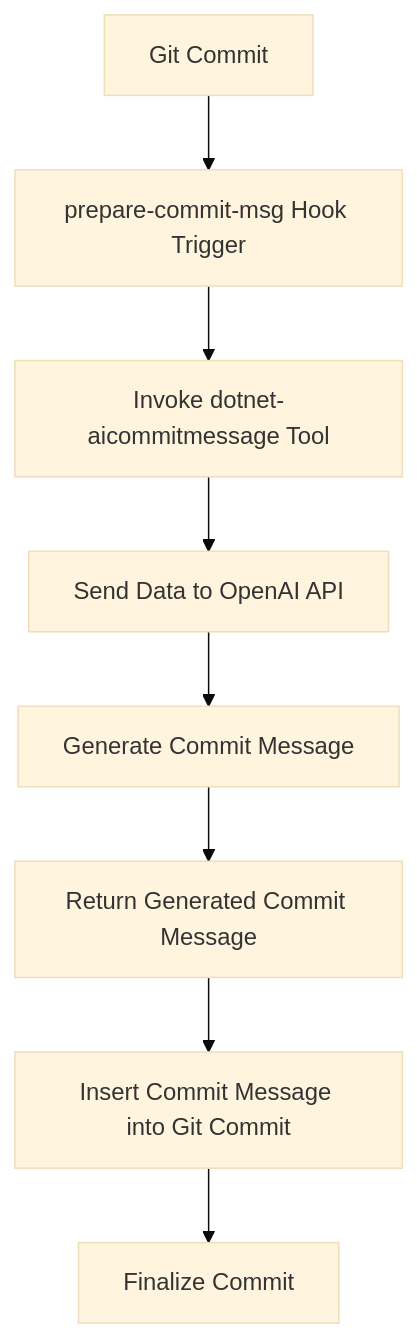
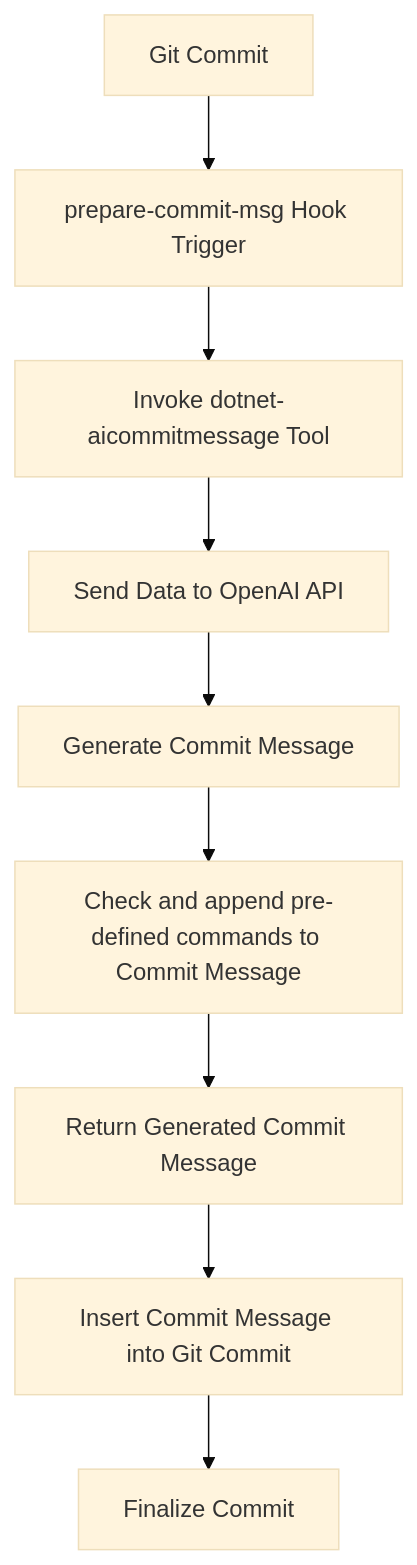
Before and after one commit to guibranco/dotnet-aicommitmessage: the diagram in README.md, drawn with Mermaid (base theme). The commit also changed other lines of this file and 11 other files, not shown here.

Commit message:
Preserver GitVersion commands

````diff
--- a/README.md
+++ b/README.md
@@ -74,10 +74,11 @@
 ```mermaid
 graph TD
     A[Git Commit] --> B[prepare-commit-msg Hook Trigger]
     B --> C[Invoke dotnet-aicommitmessage Tool]
     C --> D[Send Data to OpenAI API]
     D --> E[Generate Commit Message]
-    E --> F[Return Generated Commit Message]
-    F --> G[Insert Commit Message into Git Commit]
-    G --> H[Finalize Commit]
+    E --> F[Check and append pre-defined commands to Commit Message]
+    F --> G[Return Generated Commit Message]
+    G --> H[Insert Commit Message into Git Commit]
+    H --> I[Finalize Commit]
 ```
````
